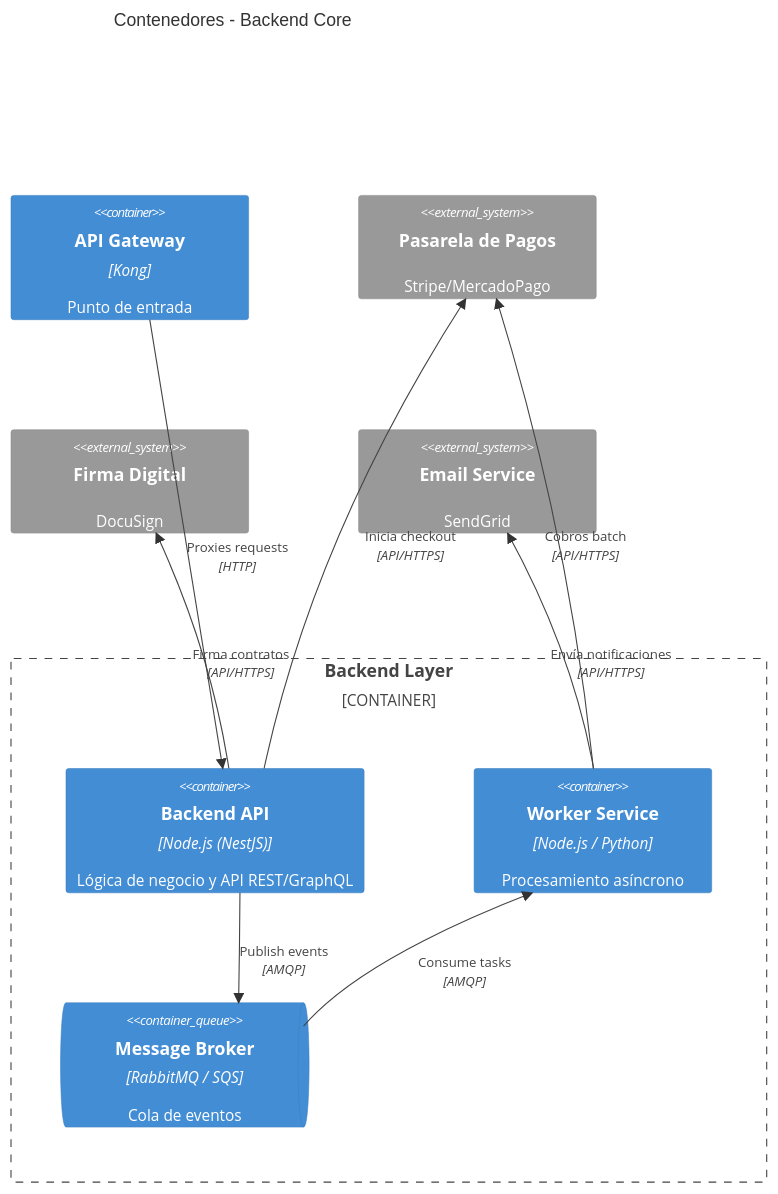
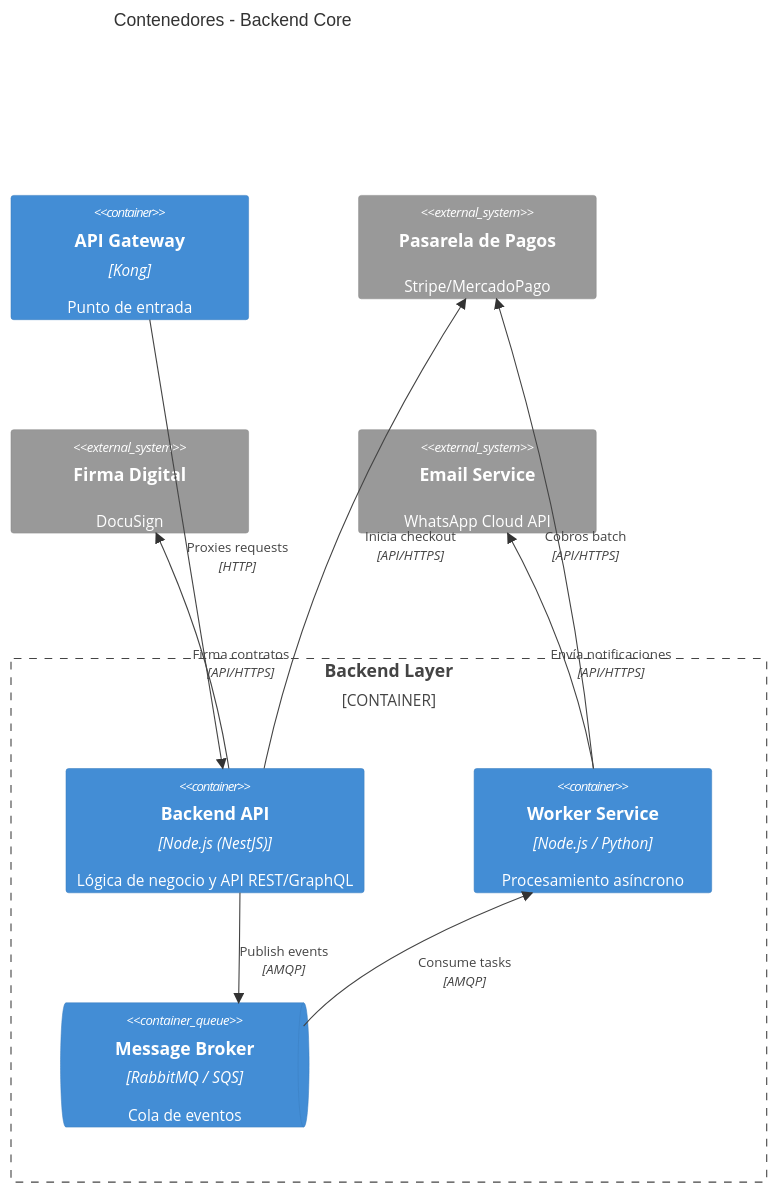
Before and after one commit to andrescastiglia/rent: the fifth of 18 diagrams in docs/technical/c4-model.md, drawn with Mermaid. The commit also changed other lines of this file and 33 other files, not shown here.

First line of the commit message:
feat: integrate WhatsApp messaging for notifications and reminders

````diff
--- a/docs/technical/c4-model.md
+++ b/docs/technical/c4-model.md
@@ -167,29 +167,29 @@
 ```mermaid
 C4Container
     title Contenedores - Backend Core
 
     Container(api_gateway, "API Gateway", "Kong", "Punto de entrada")
 
     Container_Boundary(backend, "Backend Layer") {
         Container(backend_api, "Backend API", "Node.js (NestJS)", "Lógica de negocio y API REST/GraphQL")
         Container(worker, "Worker Service", "Node.js / Python", "Procesamiento asíncrono")
         ContainerQueue(queue, "Message Broker", "RabbitMQ / SQS", "Cola de eventos")
     }
 
     System_Ext(psp, "Pasarela de Pagos", "Stripe/MercadoPago")
     System_Ext(docusign, "Firma Digital", "DocuSign")
-    System_Ext(email, "Email Service", "SendGrid")
+    System_Ext(email, "Email Service", "WhatsApp Cloud API")
 
     %% Gateway to Backend
     Rel(api_gateway, backend_api, "Proxies requests", "HTTP")
 
     %% Backend Internals
     Rel(backend_api, queue, "Publish events", "AMQP")
     Rel(queue, worker, "Consume tasks", "AMQP")
 
     %% External Integrations
     Rel(backend_api, docusign, "Firma contratos", "API/HTTPS")
     Rel(backend_api, psp, "Inicia checkout", "API/HTTPS")
     Rel(worker, psp, "Cobros batch", "API/HTTPS")
     Rel(worker, email, "Envía notificaciones", "API/HTTPS")
 ```
````
